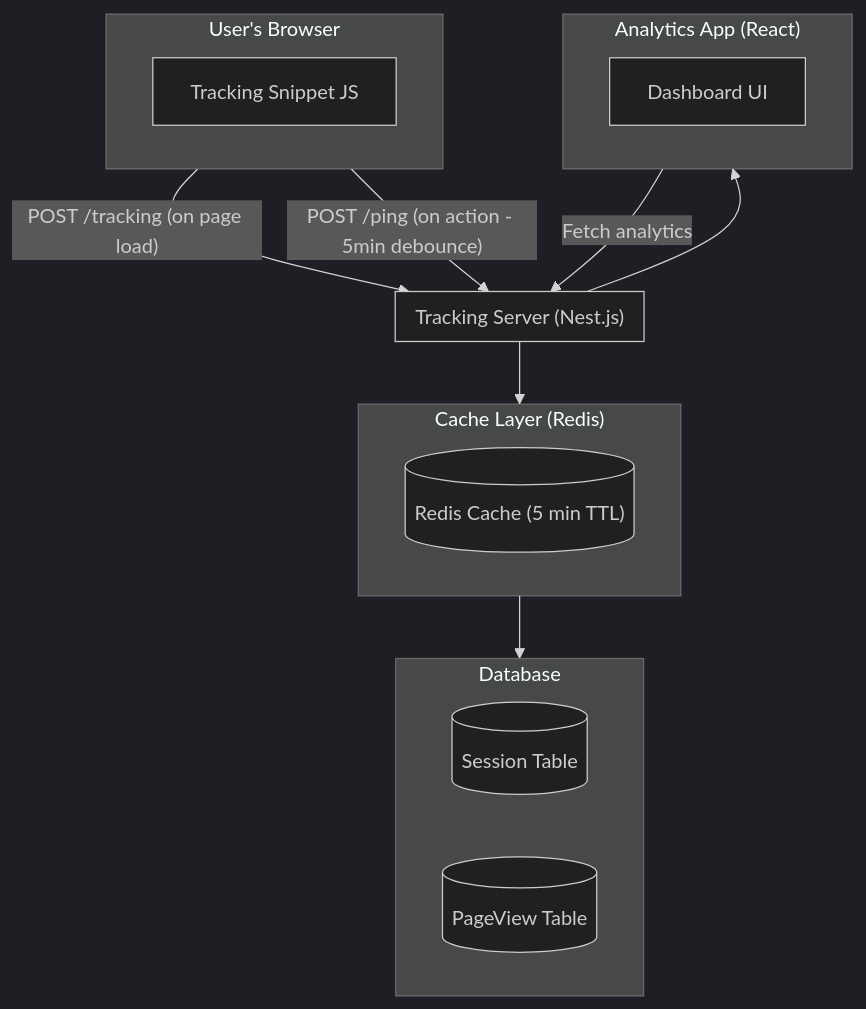
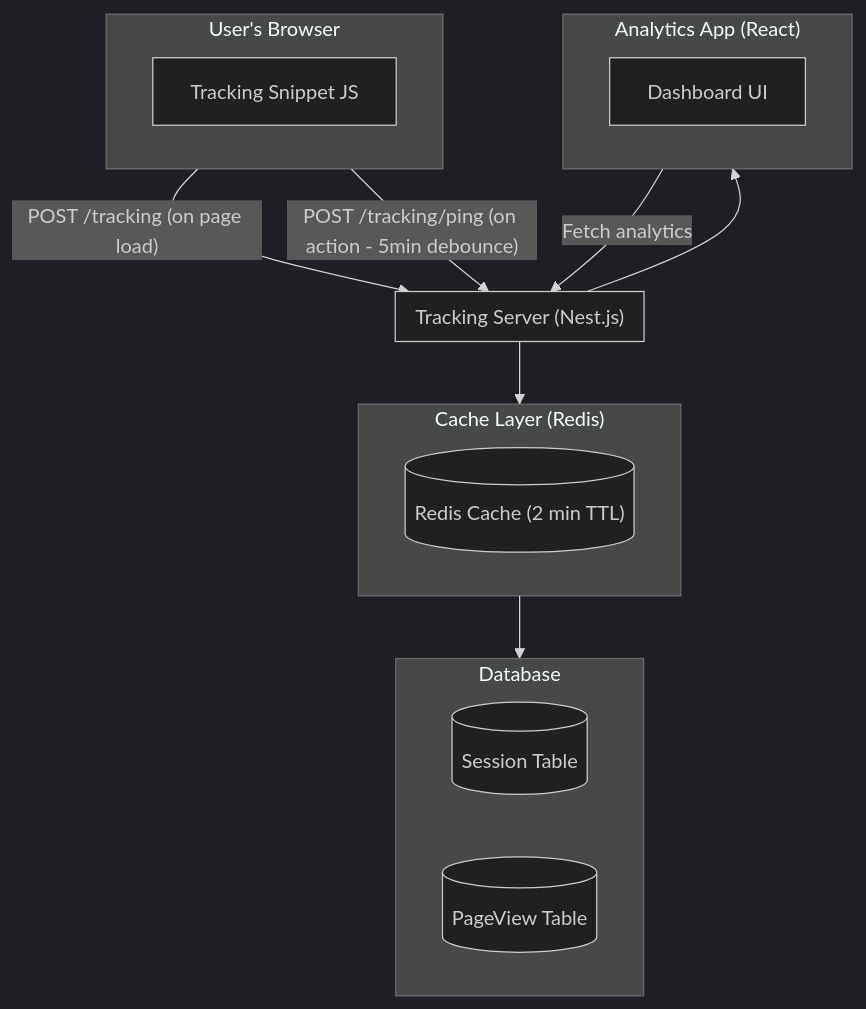
Before and after one commit to lucaslosekann/yomali-challenge-backend: the first of 2 diagrams in README.md, drawn with Mermaid (dark theme). The commit also changed 1 other file, not shown here.

Commit message:
fix: add url filter to session statistics

````diff
--- a/README.md
+++ b/README.md
@@ -29,31 +29,31 @@
 ```mermaid
 ---
 config:
   layout: dagre
 ---
 flowchart TD
  subgraph Browser["User's Browser"]
         JS["Tracking Snippet JS"]
   end
  subgraph Server["Tracking Server (Nest.js)"]
   end
  subgraph Cache["Cache Layer (Redis)"]
-        R[("Redis Cache (5 min TTL)")]
+        R[("Redis Cache (2 min TTL)")]
   end
  subgraph DB["Database"]
         S[("Session Table")]
         PV[("PageView Table")]
   end
  subgraph Analytics["Analytics App (React)"]
         Dashboard["Dashboard UI"]
   end
 
     Browser -- POST /tracking (on page load) --> Server
-    Browser -- "POST /ping (on action - 5min debounce)" --> Server
+    Browser -- "POST /tracking/ping (on action - 5min debounce)" --> Server
     Server --> Cache
     Cache --> DB
     Server --> Analytics
     Analytics -- Fetch analytics --> Server
 
 
 ```
````
